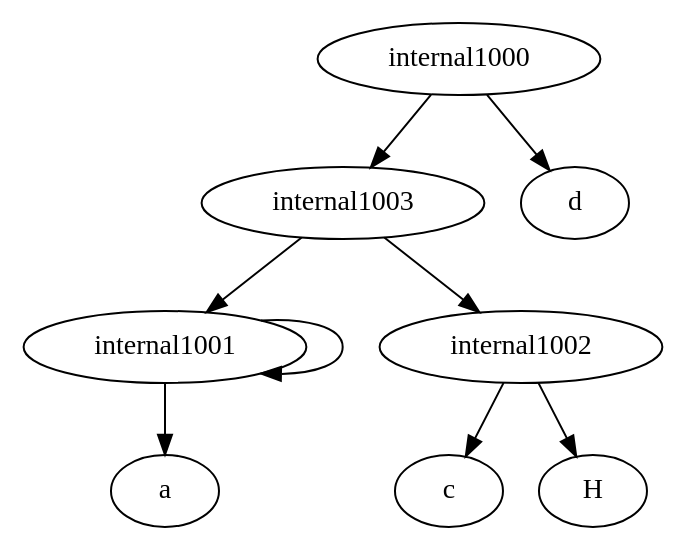
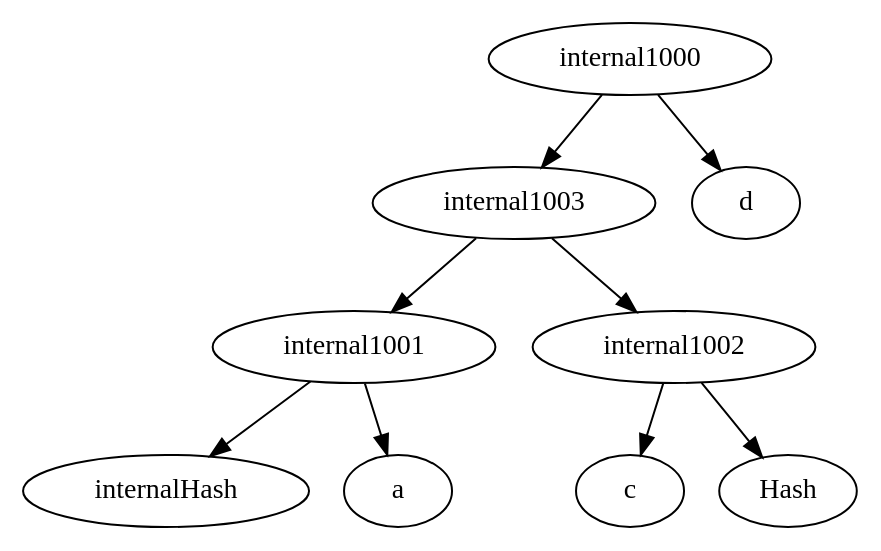
The diagram in ParsingTxt/Launcher/upload.dot (iharnoor/PhylogeneticsWebsite), drawn with Graphviz before and after one commit. The commit also changed 2 other files, not shown here.

Commit message:
Hash issue fixed
# is now either internalHash# or Hash#

```diff
--- a/ParsingTxt/Launcher/upload.dot
+++ b/ParsingTxt/Launcher/upload.dot
@@ -1,11 +1,11 @@
 strict digraph G1 {
-#H -> b
-internal1001 -> #H
+internalHash#H -> b
+internal1001 -> internalHash#H
 internal1001 -> a
 internal1002 -> c
-internal1002 -> H#
+internal1002 -> Hash#H
 internal1003 -> internal1002
 internal1003 -> internal1001
 internal1000 -> d
 internal1000 -> internal1003
 }
```
